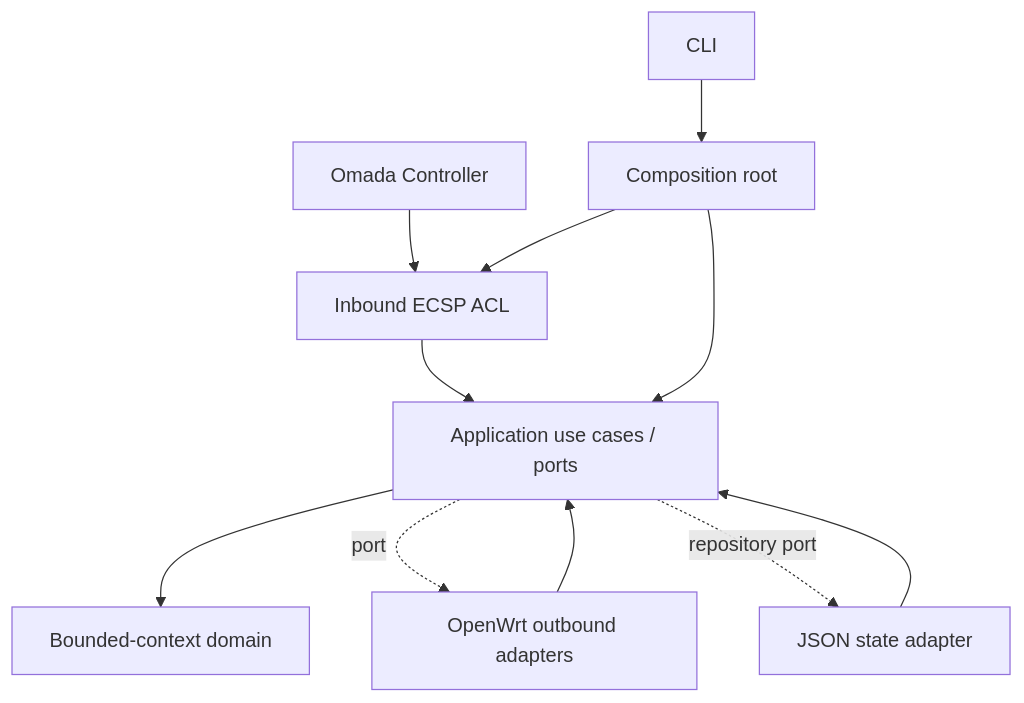
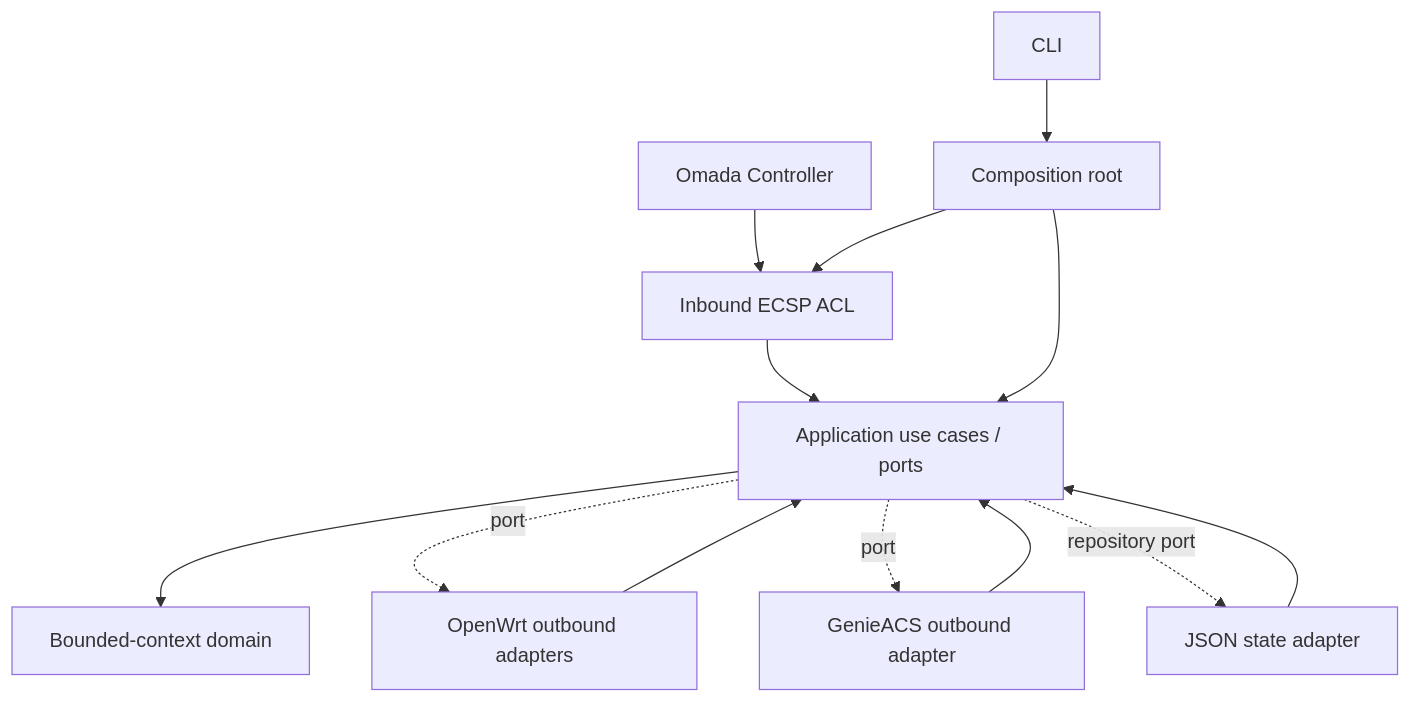
One commit to adryanalencar/open-omada-device-agent changed the second of 5 diagrams in docs/architecture.md. Above: the diagram before and after it, drawn with Mermaid. The commit also changed other lines of this file and 7 other files, not shown here.

````diff
--- a/docs/architecture.md
+++ b/docs/architecture.md
@@ -36,13 +36,15 @@
 ```mermaid
 flowchart TD
   Controller[Omada Controller] --> ECSP[Inbound ECSP ACL]
   CLI[CLI] --> Bootstrap[Composition root]
   ECSP --> Application[Application use cases / ports]
   Bootstrap --> ECSP
   Bootstrap --> Application
   Application --> Domain[Bounded-context domain]
   OpenWrt[OpenWrt outbound adapters] --> Application
+  GenieACS[GenieACS outbound adapter] --> Application
   Persistence[JSON state adapter] --> Application
   Application -. port .-> OpenWrt
+  Application -. port .-> GenieACS
   Application -. repository port .-> Persistence
 ```
````
